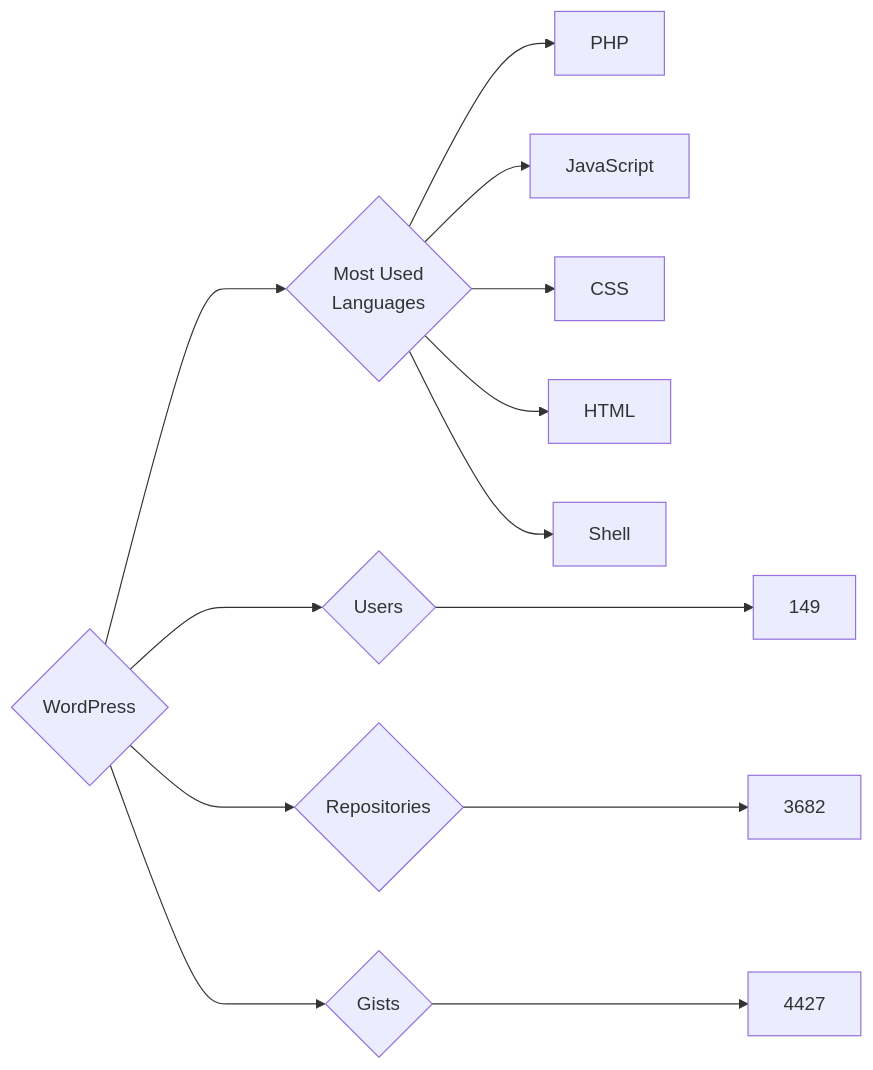
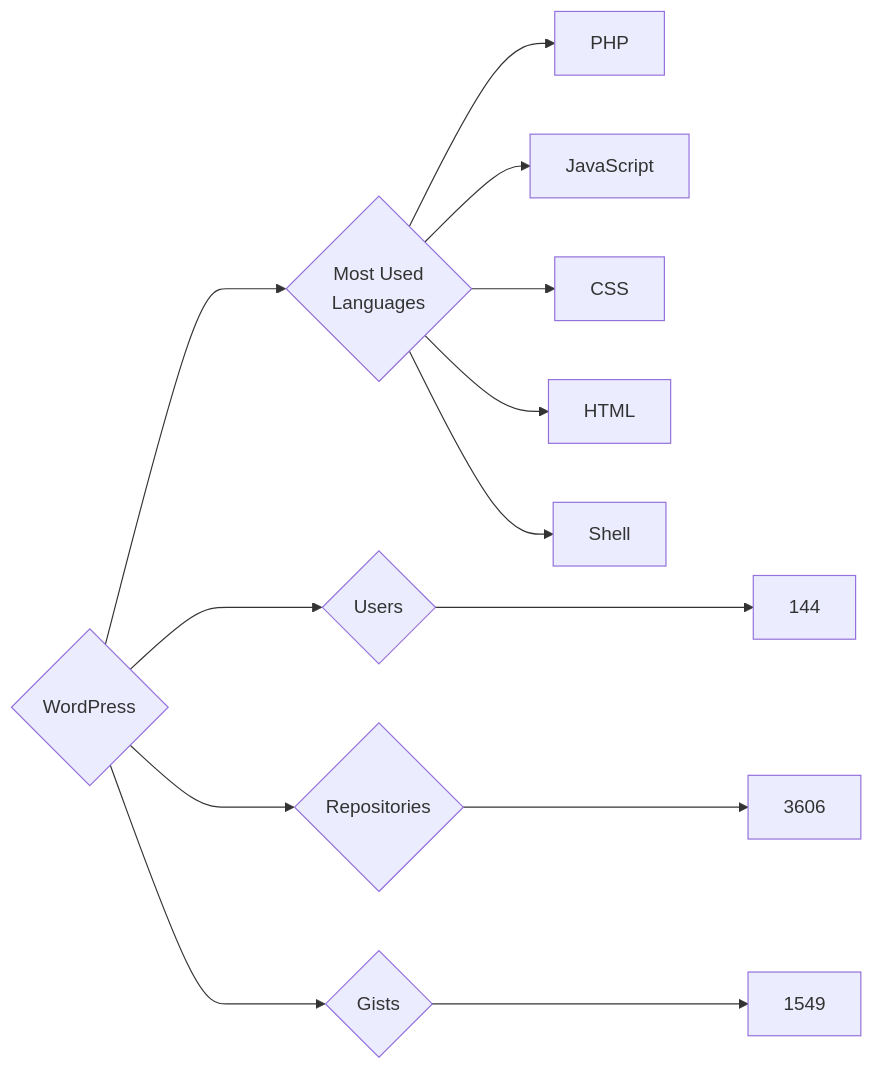
One commit to trickest/insiders changed the diagram in targets/WordPress/README.md. Above: the diagram before and after it, drawn with Mermaid. The commit also changed 1248 other files, not shown here.

````diff
--- a/targets/WordPress/README.md
+++ b/targets/WordPress/README.md
@@ -3,13 +3,13 @@
 ```mermaid
 graph LR
 COMPANY_NAME{WordPress}
-COMPANY_NAME ---> U{Users} ---> UN[149]
-COMPANY_NAME ---> R{Repositories} ---> RN[3682]
-COMPANY_NAME ---> G{Gists} ---> GN[4427]
+COMPANY_NAME ---> U{Users} ---> UN[144]
+COMPANY_NAME ---> R{Repositories} ---> RN[3606]
+COMPANY_NAME ---> G{Gists} ---> GN[1549]
 COMPANY_NAME ---> ML{Most Used<br>Languages}
 ML --> PHP[PHP]
 ML --> JavaScript[JavaScript]
 ML --> CSS[CSS]
 ML --> HTML[HTML]
 ML --> Shell[Shell]
 ```
````
